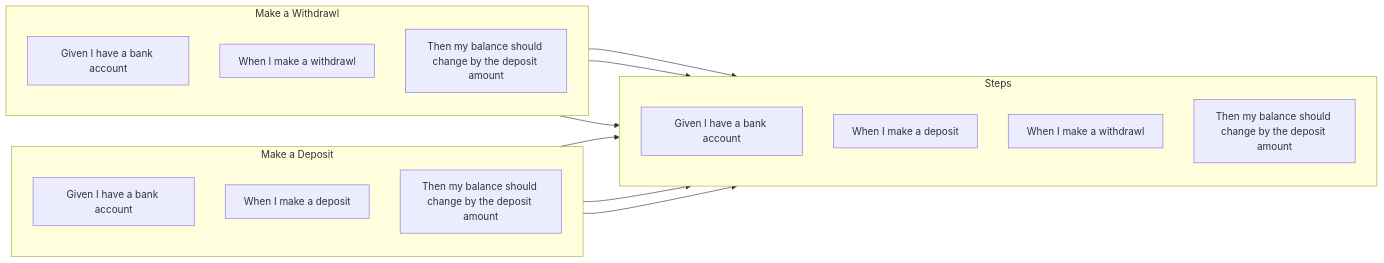
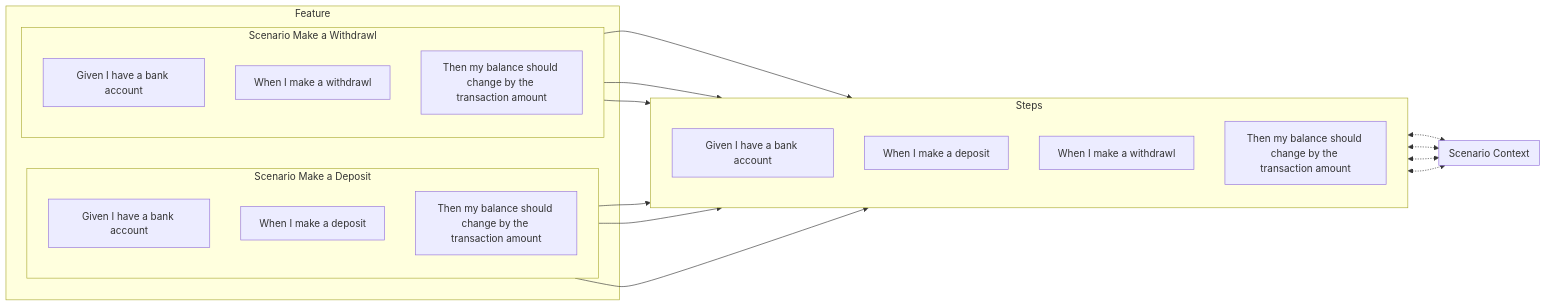
The fourth of 6 diagrams in README.md (freemansoft/SimpleWebUITestEnvironment), drawn with Mermaid before and after one commit. The commit also changed other lines of this file, not shown here.

Commit message:
add scenario context diagram

````diff
--- a/README.md
+++ b/README.md
@@ -107,32 +107,44 @@
 ```mermaid
 flowchart LR
-    subgraph FeatureDeposit [Make a Deposit]
-        direction TB
-        given1[Given I have a bank account]
-        when1[When I make a deposit]
-        then1[Then my balance should change by the deposit amount]
+    subgraph FeatureBankTransactions[Feature<br/>]
+        subgraph ScenarioDeposit[Scenario Make a Deposit]
+            direction TB
+            given1[Given I have a bank account]
+            when1[When I make a deposit]
+            then1[Then my balance should change by the transaction amount]
+        end
+    
+        subgraph ScenarioWithdrawl[Scenario Make a Withdrawl]
+            direction TB
+            given2[Given I have a bank account]
+            when2[When I make a withdrawl]
+            then2[Then my balance should change by the transaction amount]
+        end
     end
 
-    subgraph FeatureWithdrawl [Make a Withdrawl]
-        direction TB
-        given2[Given I have a bank account]
-        when2[When I make a withdrawl]
-        then2[Then my balance should change by the deposit amount]
-    end
-
-    subgraph Steps 
+    subgraph Steps
         direction TB
         givenBankAccount[Given I have a bank account]
         whenDeposit[When I make a deposit]
         whenWithdrawl[When I make a withdrawl]
-        thenBalance[Then my balance should change by the deposit amount]
+        thenBalance[Then my balance should change by the transaction amount]
     end
+
+    subgraph Context[Scenario Context]
+    end
+    
+    click Context "https://docs.specflow.org/projects/specflow/en/latest/Bindings/ScenarioContext.html" "SpecFlow Scenario Context Documentation"
 
     given1 --> givenBankAccount
     given2 --> givenBankAccount
     when1 --> whenDeposit
     when2 --> whenWithdrawl
     then1 --> thenBalance
     then2 --> thenBalance
 
+    givenBankAccount <-.-> Context
+    whenDeposit <-.-> Context 
+    whenWithdrawl <-.-> Context
+    thenBalance <-.-> Context
+
 ```
````
